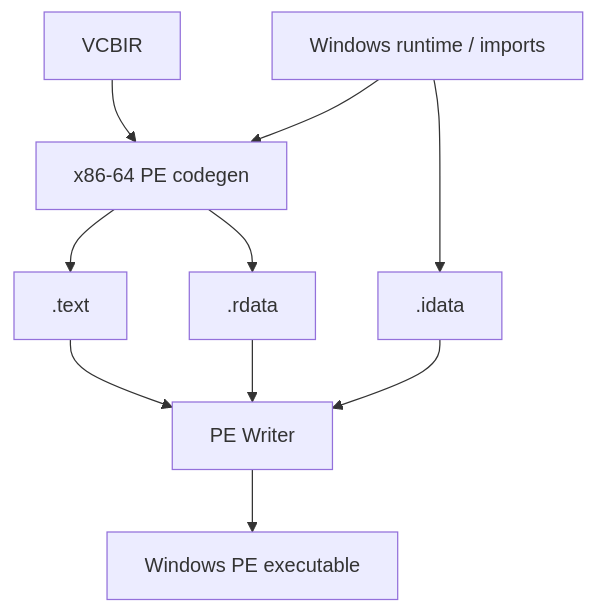
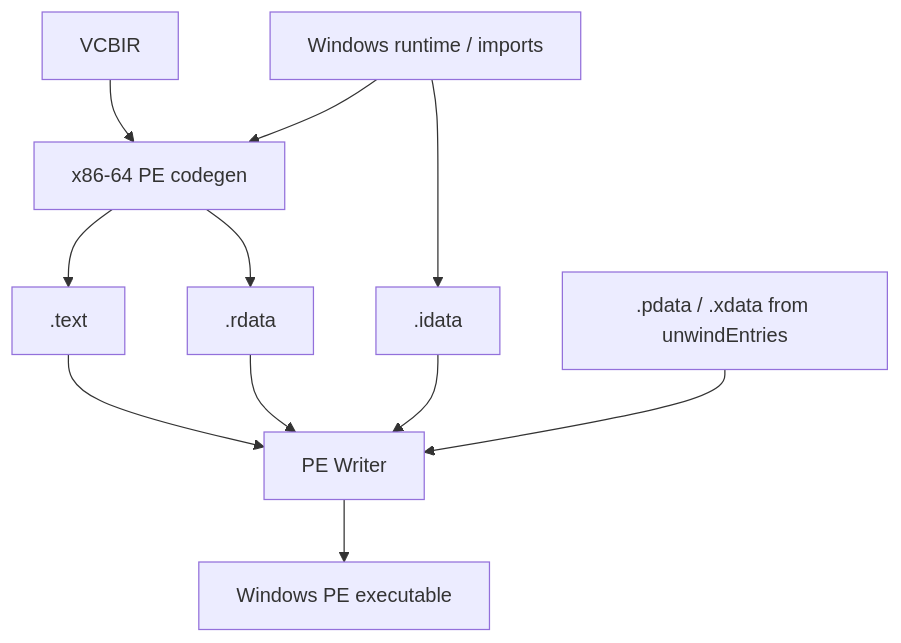
Before and after one commit to NotY215/Vayu: the tenth of 12 diagrams in docs/data-flow.md, drawn with Mermaid. The commit also changed other lines of this file, not shown here.

Commit message:
docs: update native data flow for Phase 27

````diff
--- a/docs/data-flow.md
+++ b/docs/data-flow.md
@@ -182,12 +182,13 @@
 ```mermaid
 flowchart TD
     IR["VCBIR"] --> CG["x86-64 PE codegen"]
     RT["Windows runtime / imports"] --> CG
     CG --> TEXT[".text"]
     CG --> DATA[".rdata"]
     RT --> IDATA[".idata"]
     TEXT --> W["PE Writer"]
     DATA --> W
     IDATA --> W
+    UNW[".pdata / .xdata from unwindEntries"] --> W
     W --> EXE["Windows PE executable"]
 ```
````
